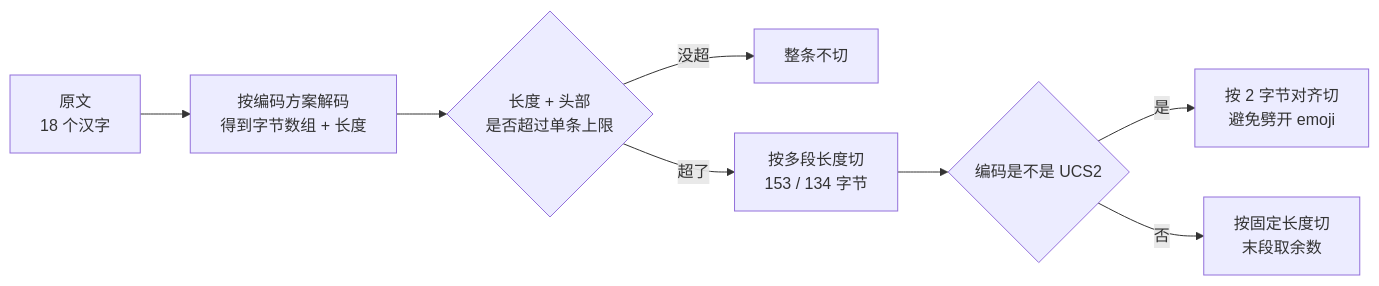
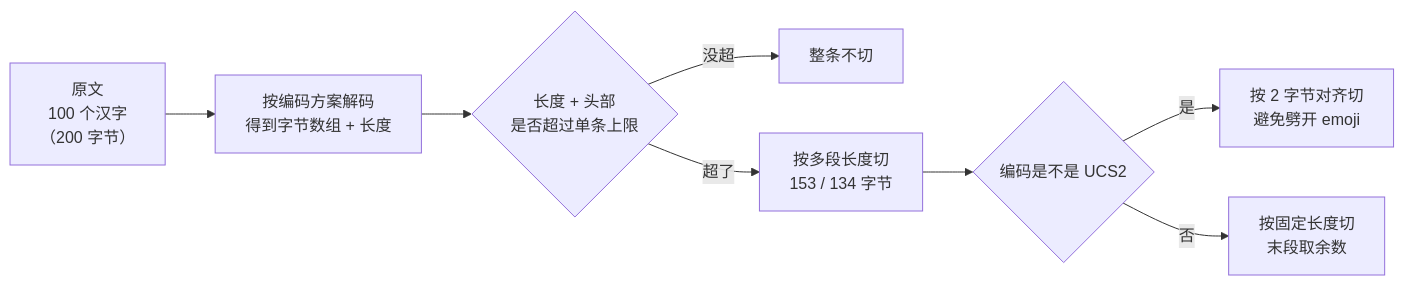
Before and after one commit to hjl12345/OpneHarmonyTeamWork: the sixth of 11 diagrams in report_work/G12_sms_mms/汇报脚本.md, drawn with Mermaid. The commit also changed other lines of this file and 15 other files, not shown here.

````diff
--- a/report_work/G12_sms_mms/汇报脚本.md
+++ b/report_work/G12_sms_mms/汇报脚本.md
@@ -372,10 +434,10 @@
 ```mermaid
 flowchart LR
-    T["原文<br/>18 个汉字"] --> E["按编码方案解码<br/>得到字节数组 + 长度"]
+    T["原文<br/>100 个汉字<br/>（200 字节）"] --> E["按编码方案解码<br/>得到字节数组 + 长度"]
     E --> Q{"长度 + 头部<br/>是否超过单条上限"}
     Q -->|"没超"| One["整条不切"]
     Q -->|"超了"| S["按多段长度切<br/>153 / 134 字节"]
     S --> U{"编码是不是 UCS2"}
     U -->|"是"| U1["按 2 字节对齐切<br/>避免劈开 emoji"]
     U -->|"否"| U2["按固定长度切<br/>末段取余数"]
 ```
````
